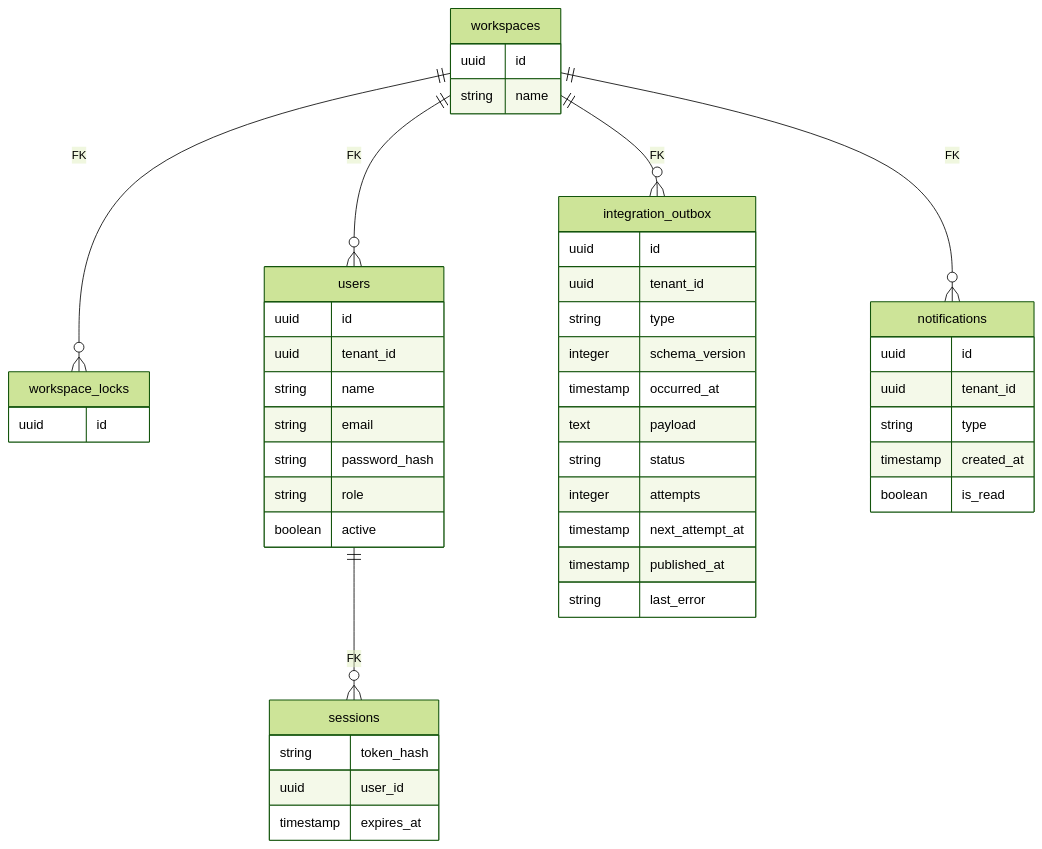
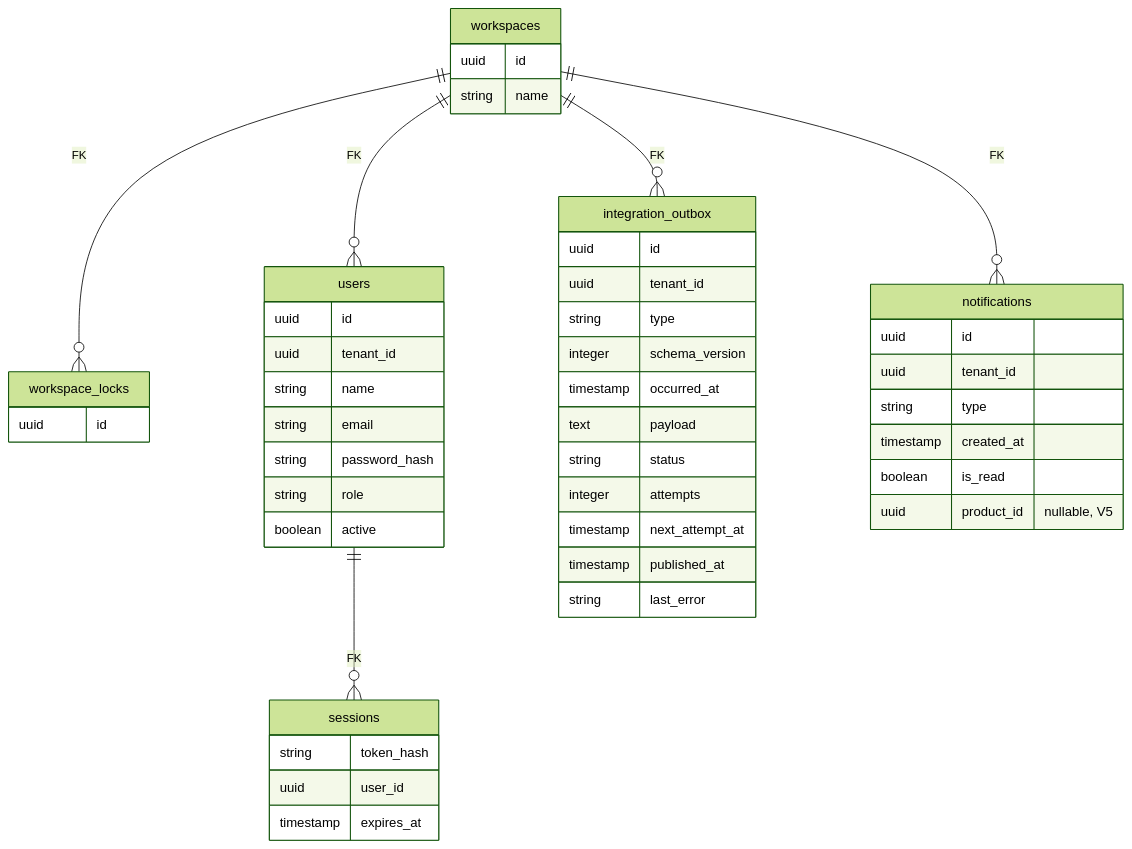
One commit to AI-ToDu/ai-todu-report changed the diagram in design/diagrams/erd-av2-identity-integration.mmd. Above: the diagram before and after it, drawn with Mermaid (forest theme). The commit also changed 12 other files, not shown here.

Commit message:
docs(api): I synchronized the report with the deployed notification contract and V5 schema

```diff
--- a/design/diagrams/erd-av2-identity-integration.mmd
+++ b/design/diagrams/erd-av2-identity-integration.mmd
@@ -1,47 +1,48 @@
 erDiagram
   workspaces {
     uuid id
     string name
   }
   workspace_locks {
     uuid id
   }
   users {
     uuid id
     uuid tenant_id
     string name
     string email
     string password_hash
     string role
     boolean active
   }
   sessions {
     string token_hash
     uuid user_id
     timestamp expires_at
   }
   integration_outbox {
     uuid id
     uuid tenant_id
     string type
     integer schema_version
     timestamp occurred_at
     text payload
     string status
     integer attempts
     timestamp next_attempt_at
     timestamp published_at
     string last_error
   }
   notifications {
     uuid id
     uuid tenant_id
     string type
     timestamp created_at
     boolean is_read
+    uuid product_id "nullable, V5"
   }
   users ||--o{ sessions : "FK"
   workspaces ||--o{ integration_outbox : "FK"
   workspaces ||--o{ notifications : "FK"
   workspaces ||--o{ users : "FK"
   workspaces ||--o{ workspace_locks : "FK"
```
